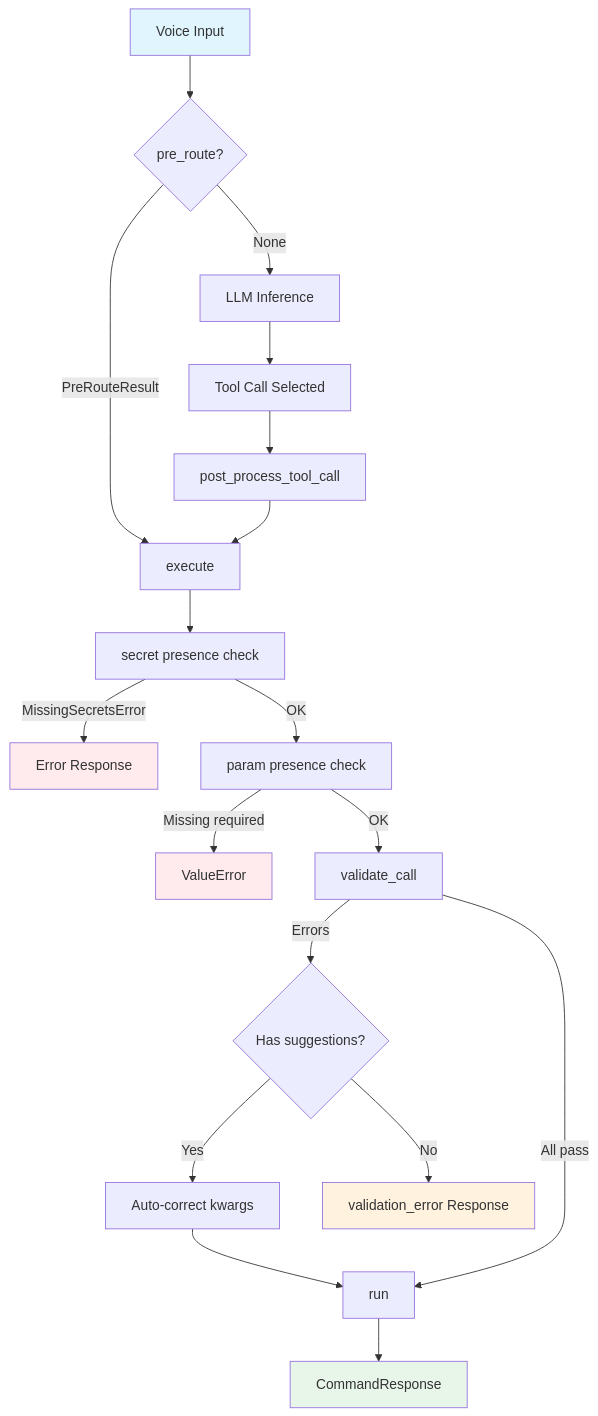
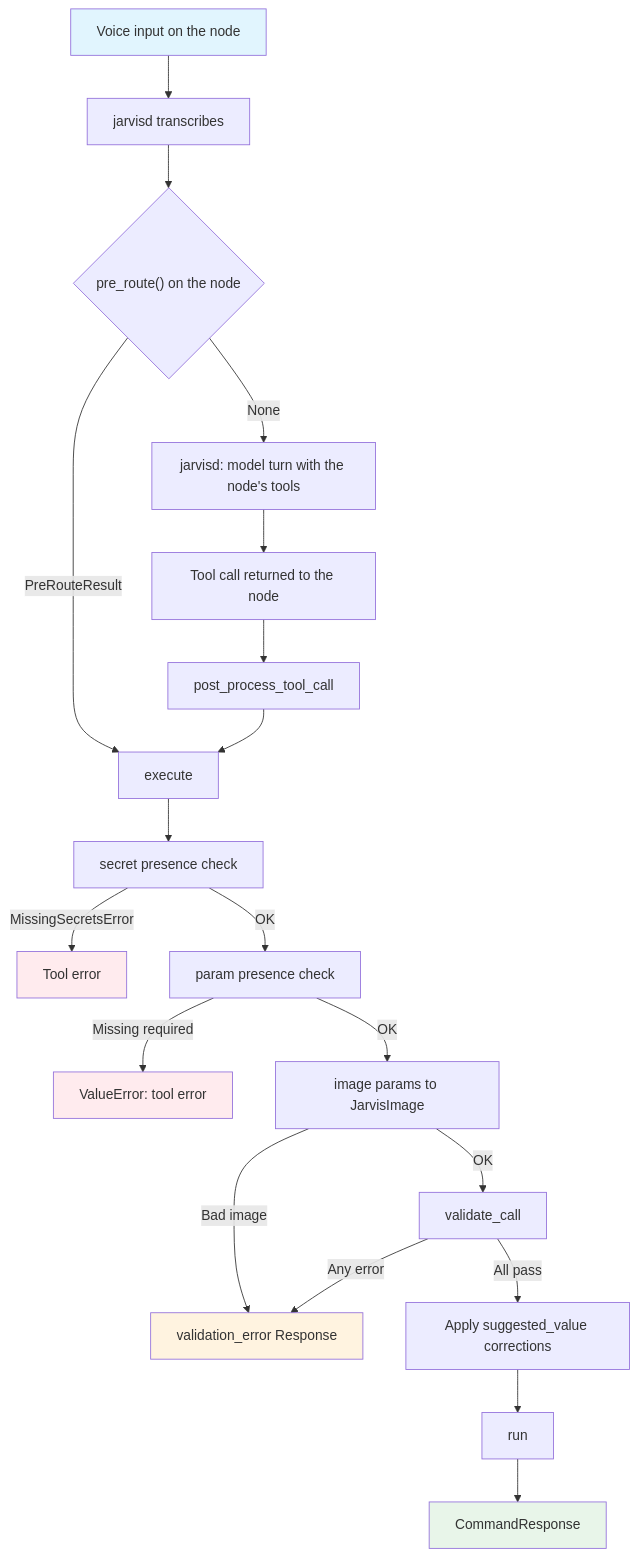
One commit to alexberardi/jarvis-docs changed the first of 4 diagrams in docs/commands/lifecycle.md. Above: the diagram before and after it, drawn with Mermaid. The commit also changed other lines of this file and 10 other files, not shown here.

````diff
--- a/docs/commands/lifecycle.md
+++ b/docs/commands/lifecycle.md
@@ -7,27 +16,28 @@
 ```mermaid
 flowchart TD
-    A[Voice Input] --> B{pre_route?}
+    A[Voice input on the node] --> T[jarvisd transcribes]
+    T --> B{"pre_route() on the node"}
     B -->|PreRouteResult| F[execute]
-    B -->|None| C[LLM Inference]
-    C --> D[Tool Call Selected]
+    B -->|None| C[jarvisd: model turn with the node's tools]
+    C --> D[Tool call returned to the node]
     D --> E[post_process_tool_call]
     E --> F
 
     F --> G[secret presence check]
-    G -->|MissingSecretsError| ERR[Error Response]
+    G -->|MissingSecretsError| ERR[Tool error]
     G -->|OK| H[param presence check]
-    H -->|Missing required| ERR2[ValueError]
-    H -->|OK| I[validate_call]
-    I -->|Errors| J{Has suggestions?}
-    J -->|Yes| K[Auto-correct kwargs]
+    H -->|Missing required| ERR2[ValueError: tool error]
+    H -->|OK| IMG[image params to JarvisImage]
+    IMG -->|Bad image| M[validation_error Response]
+    IMG -->|OK| I[validate_call]
+    I -->|Any error| M
+    I -->|All pass| K[Apply suggested_value corrections]
     K --> L[run]
-    J -->|No| M[validation_error Response]
-    I -->|All pass| L
     L --> N[CommandResponse]
 
     style A fill:#e1f5fe
     style N fill:#e8f5e9
     style ERR fill:#ffebee
     style ERR2 fill:#ffebee
     style M fill:#fff3e0
 ```
````
